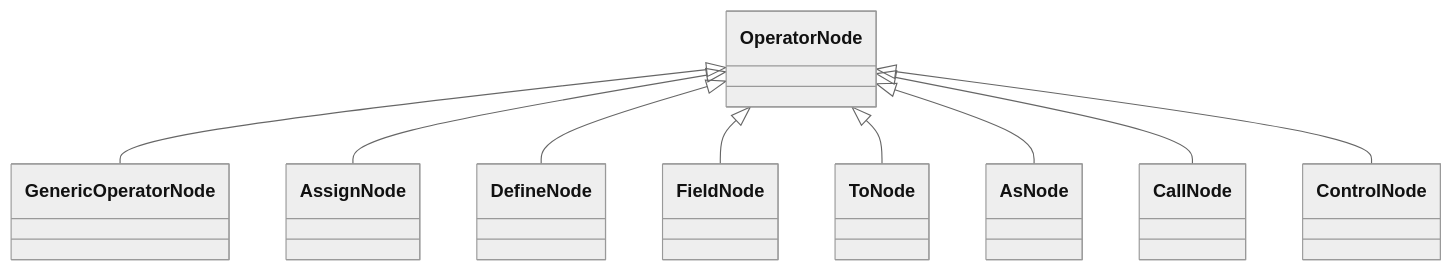
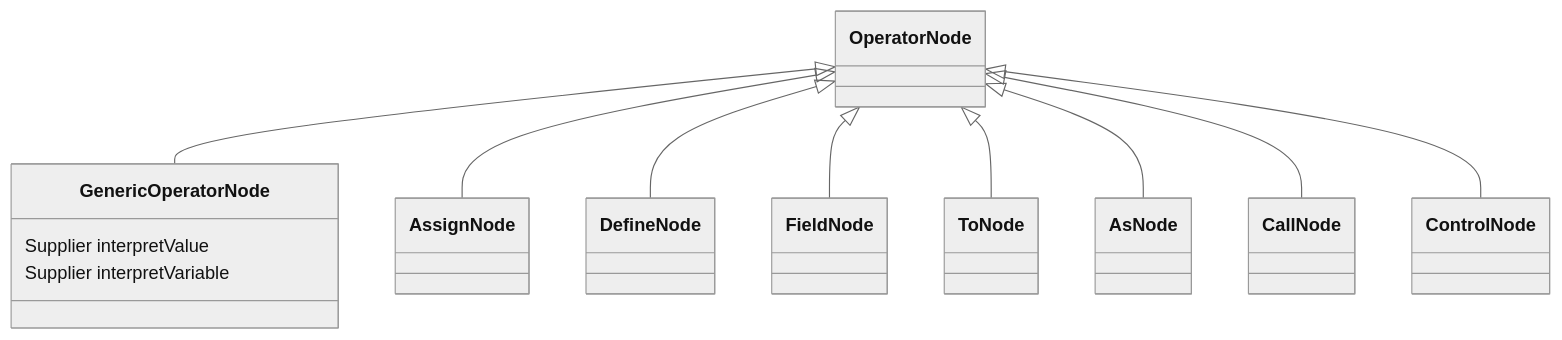
One commit to Jzhyang1/Monomer changed the third of 5 diagrams in Implementation.md. Above: the diagram before and after it, drawn with Mermaid (neutral theme). The commit also changed other lines of this file, not shown here.

````diff
--- a/Implementation.md
+++ b/Implementation.md
@@ -142,13 +142,14 @@
 ```mermaid
 classDiagram
 OperatorNode <|-- GenericOperatorNode
 OperatorNode <|-- AssignNode
 OperatorNode <|-- DefineNode
 OperatorNode <|-- FieldNode
 OperatorNode <|-- ToNode
 OperatorNode <|-- AsNode
 OperatorNode <|-- CallNode
 OperatorNode <|-- ControlNode
 
-Operator
+GenericOperatorNode: Supplier<InterpretValue> interpretValue
+GenericOperatorNode: Supplier<InterpretVariable> interpretVariable
 ```
````
